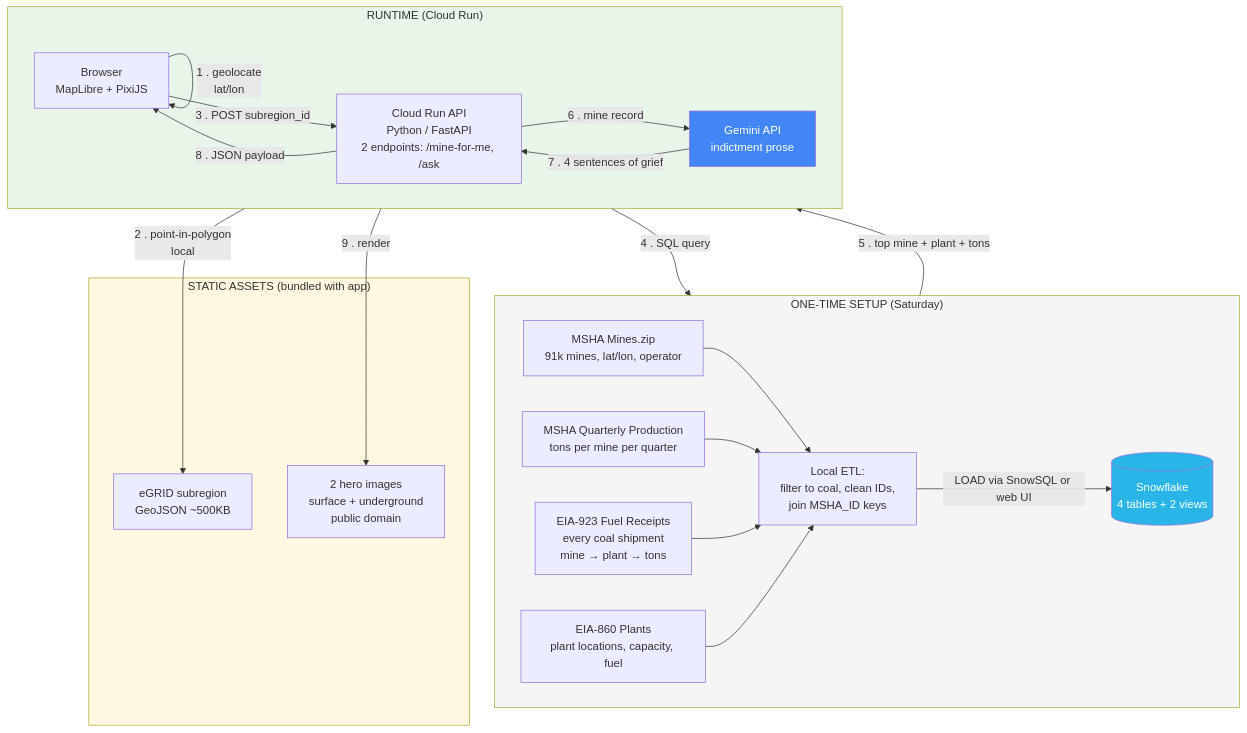
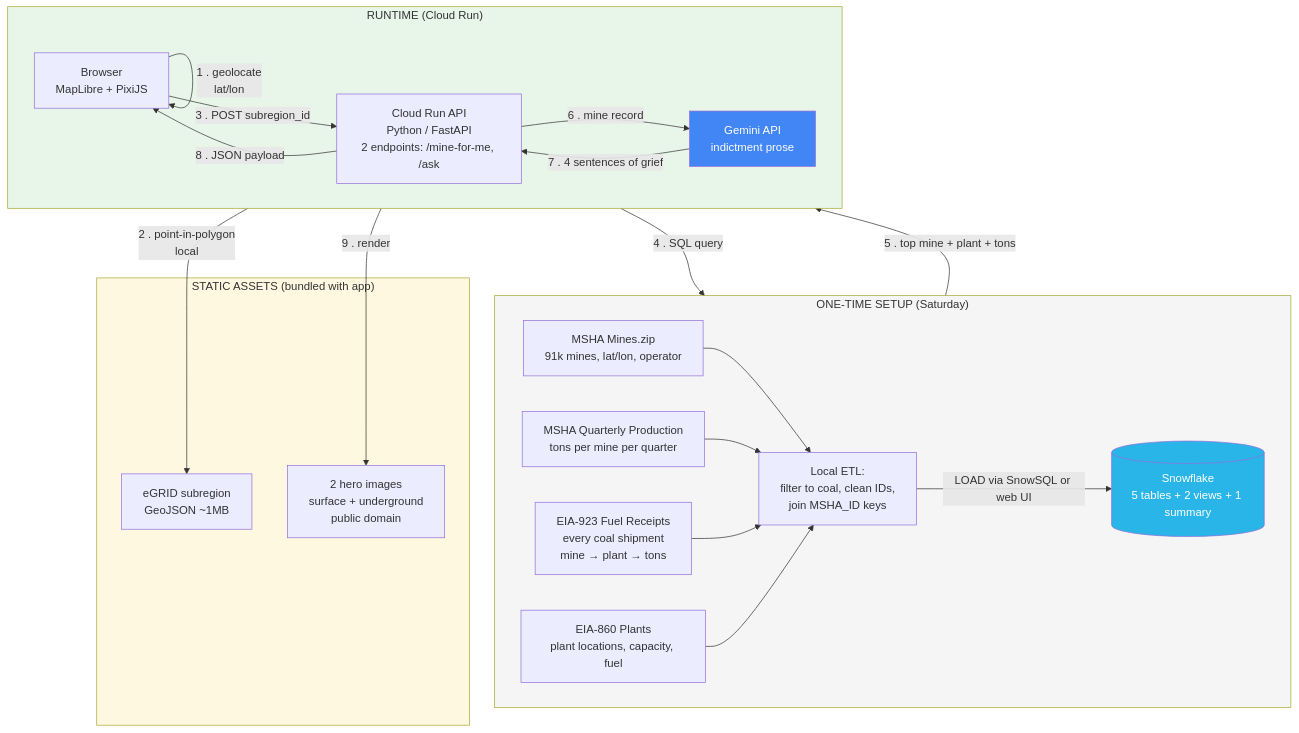
One commit to anchildress1/unearthed changed the diagram in system-diagram.md. Above: the diagram before and after it, drawn with Mermaid. The commit also changed 3 other files, not shown here.

````diff
--- a/system-diagram.md
+++ b/system-diagram.md
@@ -1,46 +1,46 @@
 ```mermaid
 flowchart TB
     subgraph STAGE["ONE-TIME SETUP (Saturday)"]
         direction LR
         MSHA1[MSHA Mines.zip<br/>91k mines, lat/lon, operator]
         MSHA2[MSHA Quarterly Production<br/>tons per mine per quarter]
         EIA1[EIA-923 Fuel Receipts<br/>every coal shipment<br/>mine → plant → tons]
         EIA2[EIA-860 Plants<br/>plant locations, capacity, fuel]
         PREP[Local ETL:<br/>filter to coal, clean IDs,<br/>join MSHA_ID keys]
-        SNOW[(Snowflake<br/>4 tables + 2 views)]
+        SNOW[(Snowflake<br/>5 tables + 2 views + 1 summary)]
 
         MSHA1 --> PREP
         MSHA2 --> PREP
         EIA1 --> PREP
         EIA2 --> PREP
         PREP -->|LOAD via SnowSQL or web UI| SNOW
     end
 
     subgraph STATIC["STATIC ASSETS (bundled with app)"]
-        GEO[eGRID subregion<br/>GeoJSON ~500KB]
+        GEO[eGRID subregion<br/>GeoJSON ~1MB]
         IMG[2 hero images<br/>surface + underground<br/>public domain]
     end
 
     subgraph APP["RUNTIME (Cloud Run)"]
         direction LR
         BROWSER[Browser<br/>MapLibre + PixiJS]
         API[Cloud Run API<br/>Python / FastAPI<br/>2 endpoints: /mine-for-me, /ask]
         GEMINI[Gemini API<br/>indictment prose]
     end
 
     BROWSER -->|1 . geolocate<br/>lat/lon| BROWSER
     BROWSER -->|2 . point-in-polygon<br/>local| GEO
     BROWSER -->|3 . POST subregion_id| API
     API -->|4 . SQL query| SNOW
     SNOW -->|5 . top mine + plant + tons| API
     API -->|6 . mine record| GEMINI
     GEMINI -->|7 . 4 sentences of grief| API
     API -->|8 . JSON payload| BROWSER
     BROWSER -->|9 . render| IMG
 
     style SNOW fill:#29b5e8,color:#fff
     style GEMINI fill:#4285f4,color:#fff
     style STAGE fill:#f5f5f5
     style STATIC fill:#fff8e1
     style APP fill:#e8f5e9
 ```
````
